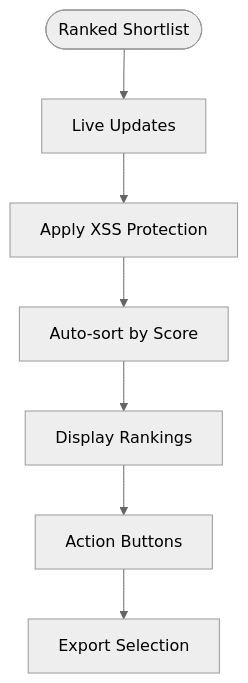
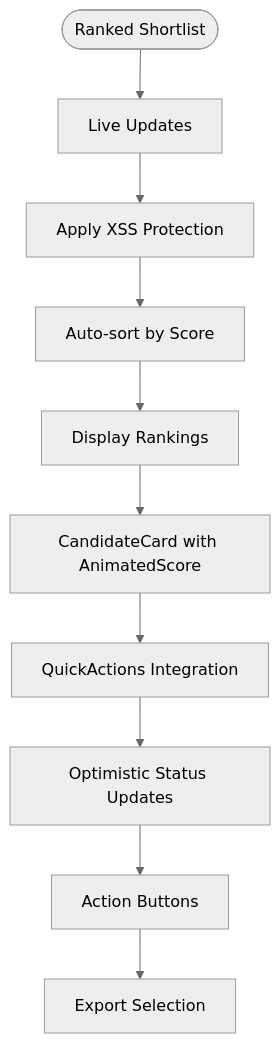
Diagram 27 of 45 in .qoder/repowiki/en/content/Frontend Architecture/Frontend Architecture.md (Revanththetalogics/aireume), drawn with Mermaid (neutral theme) before and after one commit. The commit also changed other lines of this file and 14 other files, not shown here.

````diff
--- a/.qoder/repowiki/en/content/Frontend Architecture/Frontend Architecture.md
+++ b/.qoder/repowiki/en/content/Frontend Architecture/Frontend Architecture.md
@@ -681,9 +1393,12 @@
 ```mermaid
 flowchart TD
 Start(["Ranked Shortlist"]) --> Live["Live Updates"]
 Live --> SEC["Apply XSS Protection"]
 SEC --> Sort["Auto-sort by Score"]
 Sort --> Rank["Display Rankings"]
-Rank --> Actions["Action Buttons"]
+Rank --> CandidateCards["CandidateCard with AnimatedScore"]
+CandidateCards --> QuickActions["QuickActions Integration"]
+QuickActions --> Optimistic["Optimistic Status Updates"]
+Optimistic --> Actions["Action Buttons"]
 Actions --> Export["Export Selection"]
 ```
````
